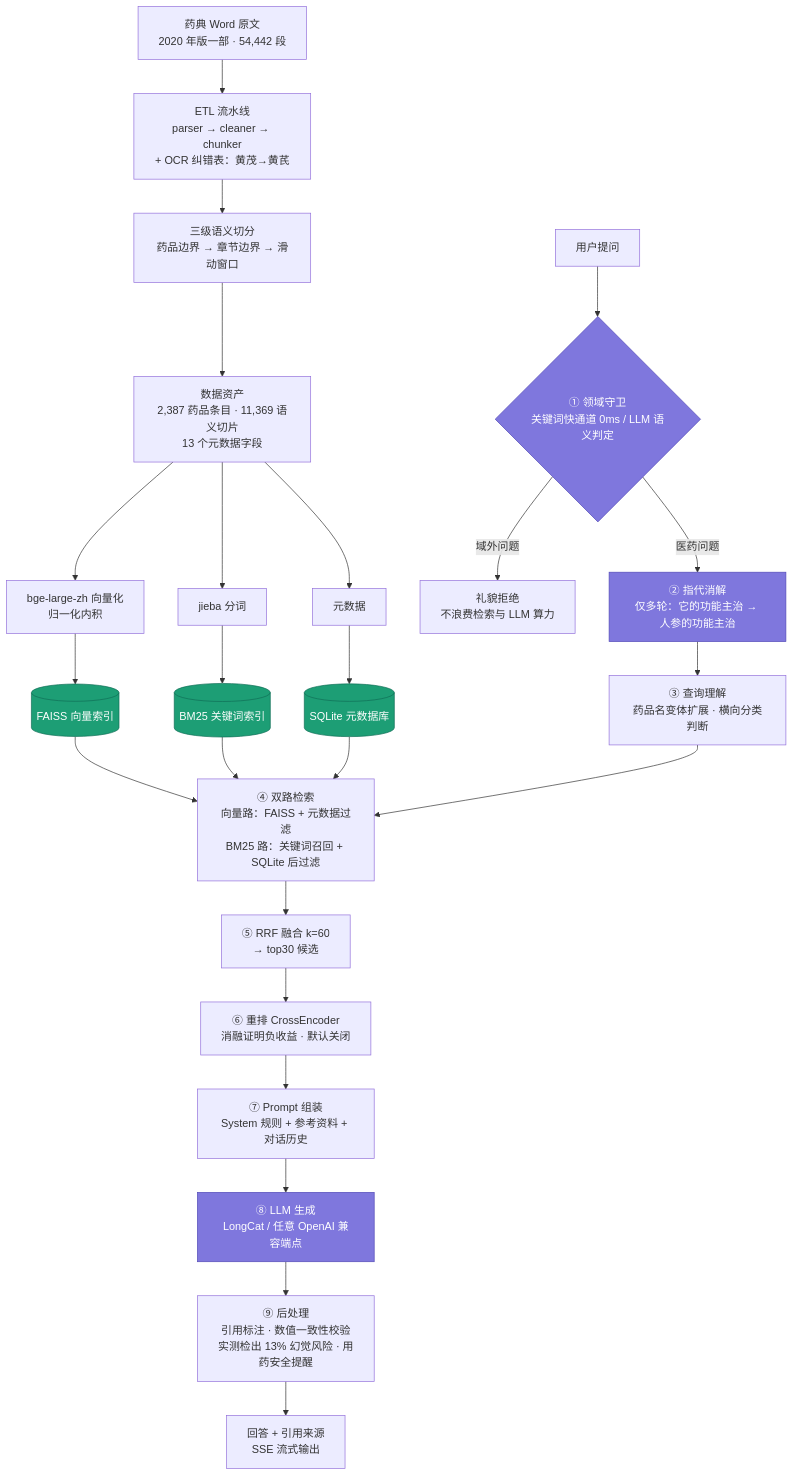
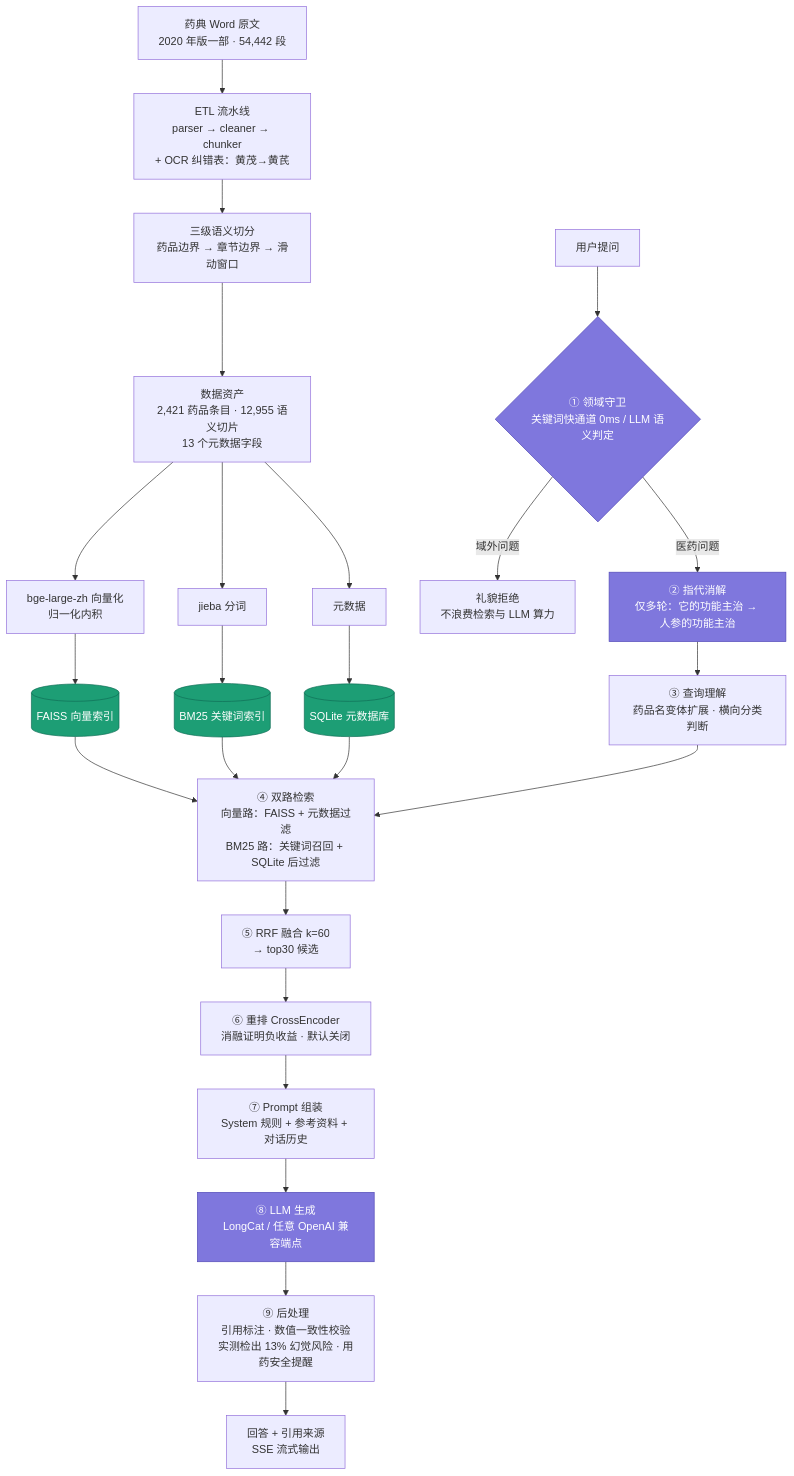
The first of 2 diagrams in README.md (qiz7z/RAG-ChineseMedicine-QA), drawn with Mermaid before and after one commit. The commit also changed other lines of this file and 15 other files, not shown here.

````diff
--- a/README.md
+++ b/README.md
@@ -13,36 +13,36 @@
 ```mermaid
 flowchart TD
     A["药典 Word 原文<br>2020 年版一部 · 54,442 段"] --> B["ETL 流水线<br>parser → cleaner → chunker<br>+ OCR 纠错表：黄茂→黄芪"]
     B --> C["三级语义切分<br>药品边界 → 章节边界 → 滑动窗口"]
-    C --> D["数据资产<br>2,387 药品条目 · 11,369 语义切片<br>13 个元数据字段"]
+    C --> D["数据资产<br>2,421 药品条目 · 12,955 语义切片<br>13 个元数据字段"]
 
     D --> E["bge-large-zh 向量化<br>归一化内积"]
     D --> F["jieba 分词"]
     D --> G["元数据"]
 
     E --> H[("FAISS 向量索引")]
     F --> I[("BM25 关键词索引")]
     G --> J[("SQLite 元数据库")]
 
     K["用户提问"] --> L{"① 领域守卫<br>关键词快通道 0ms / LLM 语义判定"}
     L -->|域外问题| M["礼貌拒绝<br>不浪费检索与 LLM 算力"]
     L -->|医药问题| N["② 指代消解<br>仅多轮：它的功能主治 → 人参的功能主治"]
     N --> O["③ 查询理解<br>药品名变体扩展 · 横向分类判断"]
     O --> P["④ 双路检索<br>向量路：FAISS + 元数据过滤<br>BM25 路：关键词召回 + SQLite 后过滤"]
     H --> P
     I --> P
     J --> P
     P --> Q["⑤ RRF 融合 k=60<br>→ top30 候选"]
     Q --> R["⑥ 重排 CrossEncoder<br>消融证明负收益 · 默认关闭"]
     R --> S["⑦ Prompt 组装<br>System 规则 + 参考资料 + 对话历史"]
     S --> T["⑧ LLM 生成<br>LongCat / 任意 OpenAI 兼容端点"]
     T --> U["⑨ 后处理<br>引用标注 · 数值一致性校验<br>实测检出 13% 幻觉风险 · 用药安全提醒"]
     U --> V["回答 + 引用来源<br>SSE 流式输出"]
 
     style L fill:#7F77DD,stroke:#534AB7,color:#fff
     style N fill:#7F77DD,stroke:#534AB7,color:#fff
     style T fill:#7F77DD,stroke:#534AB7,color:#fff
     style H fill:#1D9E75,stroke:#0F6E56,color:#fff
     style I fill:#1D9E75,stroke:#0F6E56,color:#fff
     style J fill:#1D9E75,stroke:#0F6E56,color:#fff
 ```
````
